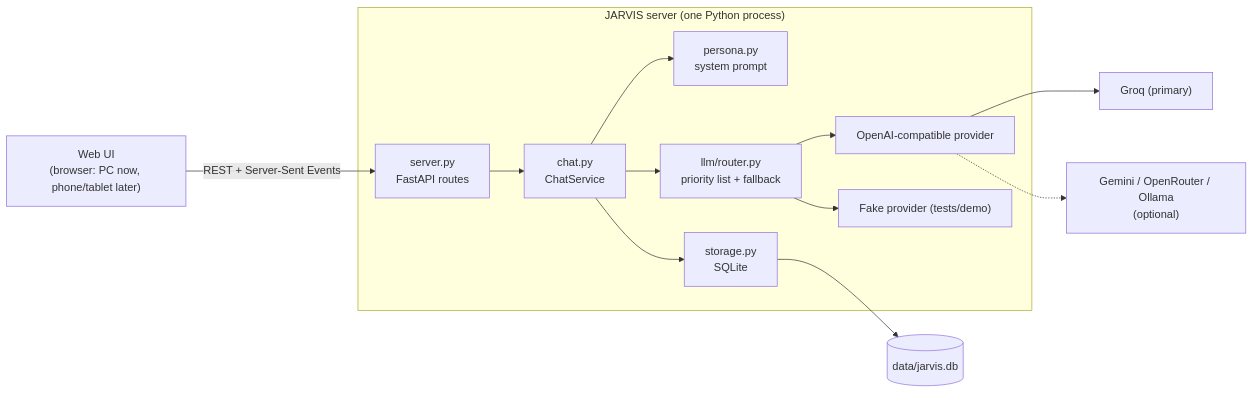
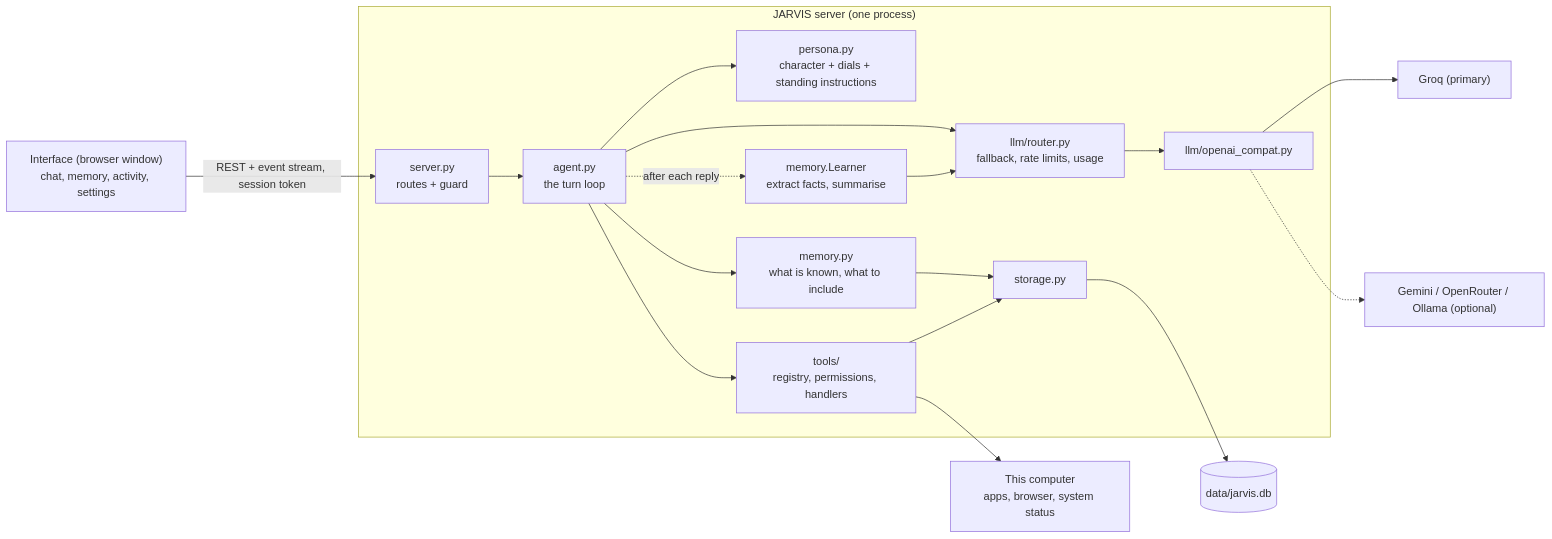
The diagram in docs/ARCHITECTURE.md (Fanaticmouse221/jarvis-new), drawn with Mermaid before and after one commit. The commit also changed other lines of this file and 101 other files, not shown here.

````diff
--- a/docs/ARCHITECTURE.md
+++ b/docs/ARCHITECTURE.md
@@ -11,15 +8,20 @@
 ```mermaid
 flowchart LR
-    UI["Web UI<br/>(browser: PC now, phone/tablet later)"] -- "REST + Server-Sent Events" --> API
-    subgraph JARVIS["JARVIS server (one Python process)"]
-        API["server.py<br/>FastAPI routes"] --> CHAT["chat.py<br/>ChatService"]
-        CHAT --> PERSONA["persona.py<br/>system prompt"]
-        CHAT --> STORE["storage.py<br/>SQLite"]
-        CHAT --> ROUTER["llm/router.py<br/>priority list + fallback"]
-        ROUTER --> P1["OpenAI-compatible provider"]
-        ROUTER --> P2["Fake provider (tests/demo)"]
+    UI["Interface (browser window)<br/>chat, memory, activity, settings"] -- "REST + event stream, session token" --> API
+    subgraph JARVIS["JARVIS server (one process)"]
+        API["server.py<br/>routes + guard"] --> AGENT["agent.py<br/>the turn loop"]
+        AGENT --> PERSONA["persona.py<br/>character + dials + standing instructions"]
+        AGENT --> MEMORY["memory.py<br/>what is known, what to include"]
+        AGENT --> TOOLS["tools/<br/>registry, permissions, handlers"]
+        AGENT --> ROUTER["llm/router.py<br/>fallback, rate limits, usage"]
+        AGENT -. "after each reply" .-> LEARNER["memory.Learner<br/>extract facts, summarise"]
+        LEARNER --> ROUTER
+        MEMORY --> STORE["storage.py"]
+        TOOLS --> STORE
+        ROUTER --> PROVIDER["llm/openai_compat.py"]
     end
     STORE --> DB[("data/jarvis.db")]
-    P1 --> GROQ["Groq (primary)"]
-    P1 -.-> OTHER["Gemini / OpenRouter / Ollama<br/>(optional)"]
+    PROVIDER --> GROQ["Groq (primary)"]
+    PROVIDER -.-> OTHER["Gemini / OpenRouter / Ollama (optional)"]
+    TOOLS --> PC["This computer<br/>apps, browser, system status"]
 ```
````
